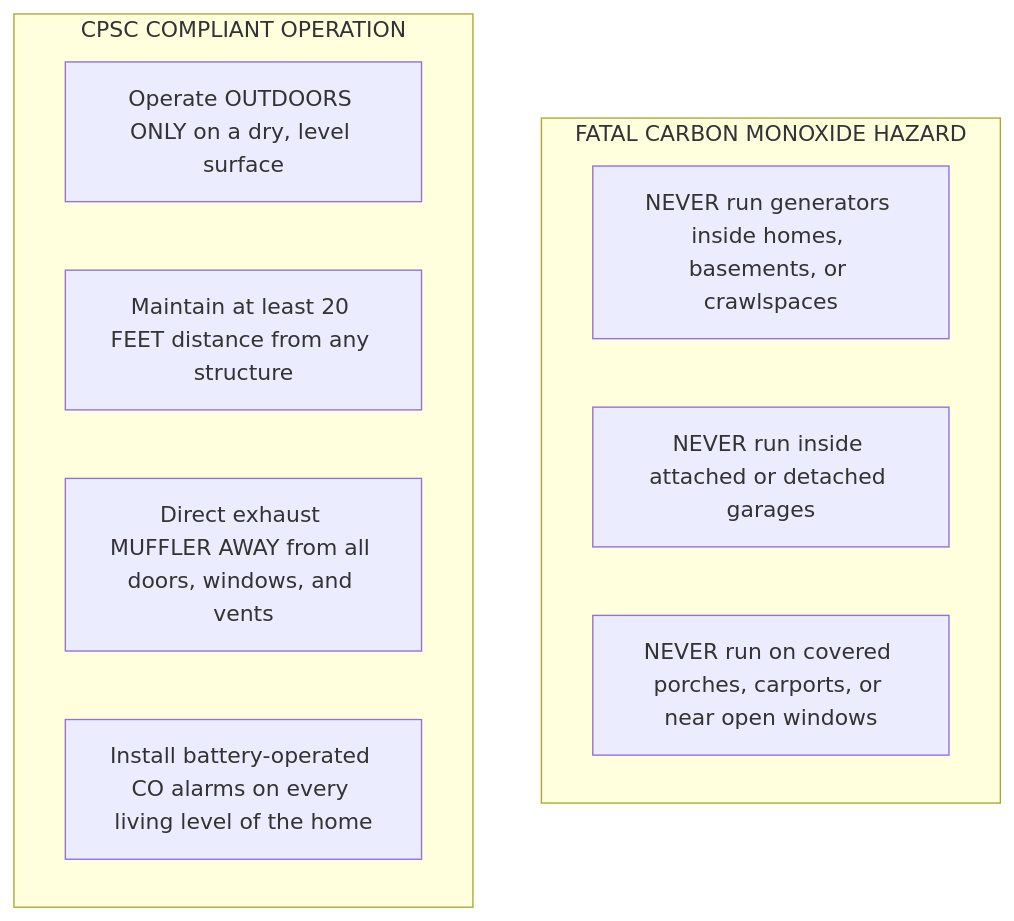
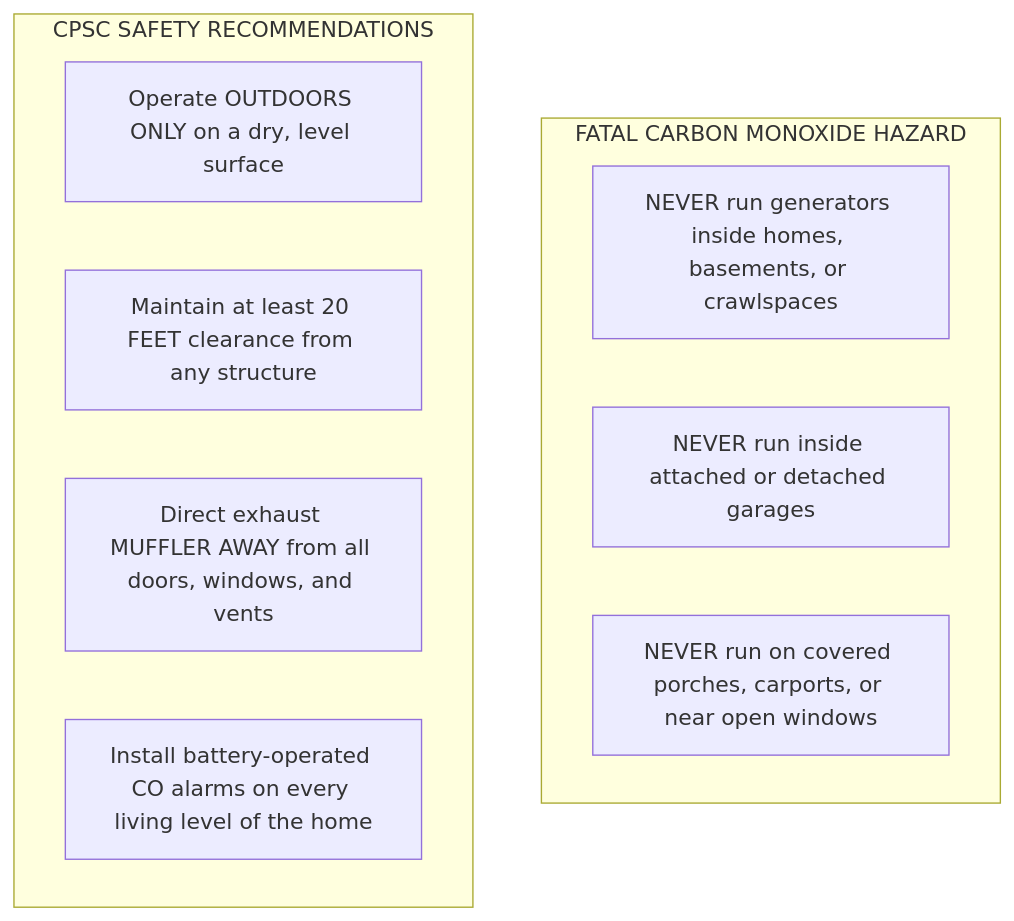
Before and after one commit to calcmypowerharis-app/kr: the eighth of 8 diagrams in content-drafts/how-does-a-generator-work.md, drawn with Mermaid. The commit also changed other lines of this file, not shown here.

````diff
--- a/content-drafts/how-does-a-generator-work.md
+++ b/content-drafts/how-does-a-generator-work.md
@@ -293,15 +336,15 @@
 ```mermaid
 flowchart TD
     subgraph DANGER["FATAL CARBON MONOXIDE HAZARD"]
         D1["NEVER run generators inside homes, basements, or crawlspaces"]
         D2["NEVER run inside attached or detached garages"]
         D3["NEVER run on covered porches, carports, or near open windows"]
     end
 
-    subgraph SAFE["CPSC COMPLIANT OPERATION"]
+    subgraph SAFE["CPSC SAFETY RECOMMENDATIONS"]
         S1["Operate OUTDOORS ONLY on a dry, level surface"]
-        S2["Maintain at least 20 FEET distance from any structure"]
+        S2["Maintain at least 20 FEET clearance from any structure"]
         S3["Direct exhaust MUFFLER AWAY from all doors, windows, and vents"]
         S4["Install battery-operated CO alarms on every living level of the home"]
     end
 ```
````
